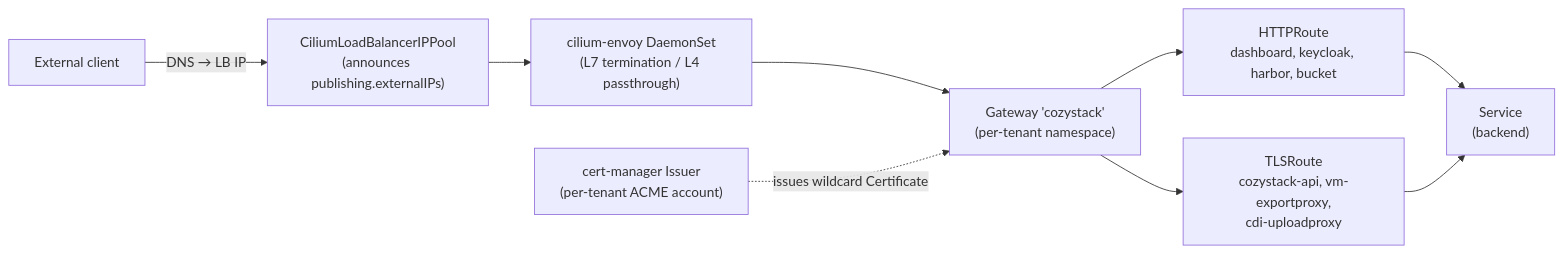
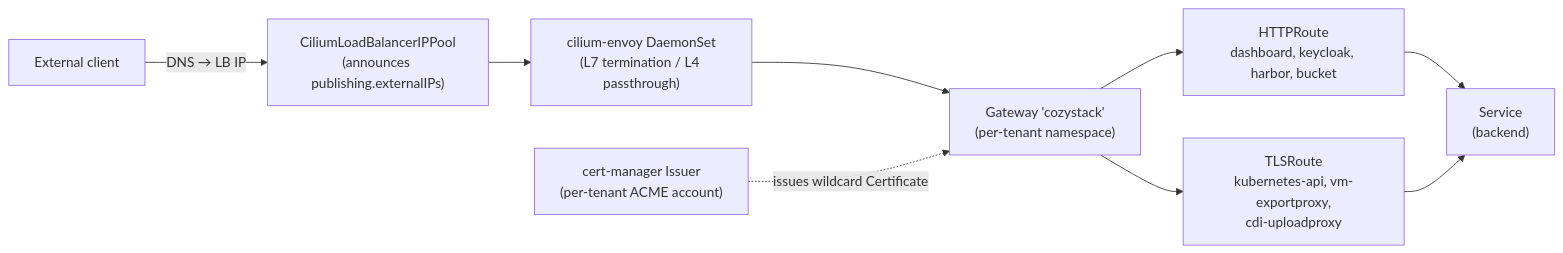
Before and after one commit to cozystack/website: the first of 2 diagrams in content/en/docs/next/networking/gateway-api.md, drawn with Mermaid. The commit also changed other lines of this file, not shown here.

Commit message:
docs(gateway-api): align diagram and migration prose with the actual TLSRoute name kubernetes-api
Address review feedback from gemini-code-assist on
content/en/docs/next/networking/gateway-api.md:144: the routing table listed
the TLSRoute as kubernetes-api (the real resource name in the cozystack-api
package, pointing at the kubernetes Service in the default namespace), but
the Mermaid diagram labelled it cozystack-api. Update the diagram to match
the actual resource name and add a parenthetical clarification in the
migration section that the cozystack-api package ships the Kubernetes API
TLSRoute.

````diff
--- a/content/en/docs/next/networking/gateway-api.md
+++ b/content/en/docs/next/networking/gateway-api.md
@@ -20,20 +20,20 @@
 ```mermaid
 flowchart LR
     CLIENT["External client"]
     LB["CiliumLoadBalancerIPPool<br/>(announces publishing.externalIPs)"]
     ENV["cilium-envoy DaemonSet<br/>(L7 termination / L4 passthrough)"]
     GW["Gateway 'cozystack'<br/>(per-tenant namespace)"]
     HTR["HTTPRoute<br/>dashboard, keycloak, harbor, bucket"]
-    TLR["TLSRoute<br/>cozystack-api, vm-exportproxy,<br/>cdi-uploadproxy"]
+    TLR["TLSRoute<br/>kubernetes-api, vm-exportproxy,<br/>cdi-uploadproxy"]
     CM["cert-manager Issuer<br/>(per-tenant ACME account)"]
     SVC["Service<br/>(backend)"]
 
     CLIENT -->|DNS → LB IP| LB
     LB --> ENV
     ENV --> GW
     GW --> HTR
     GW --> TLR
     HTR --> SVC
     TLR --> SVC
     CM -.->|issues wildcard Certificate| GW
 ```
````
